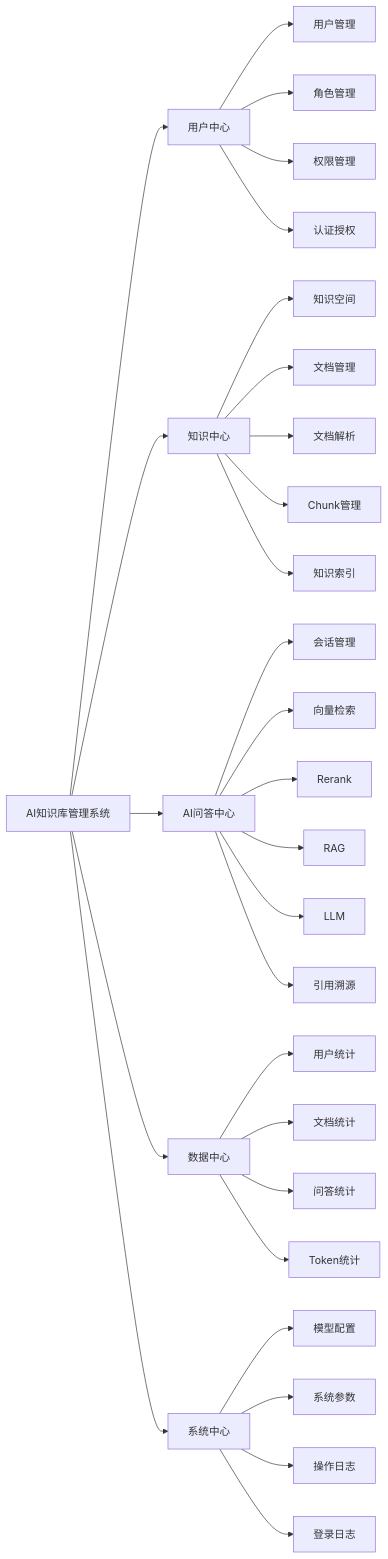
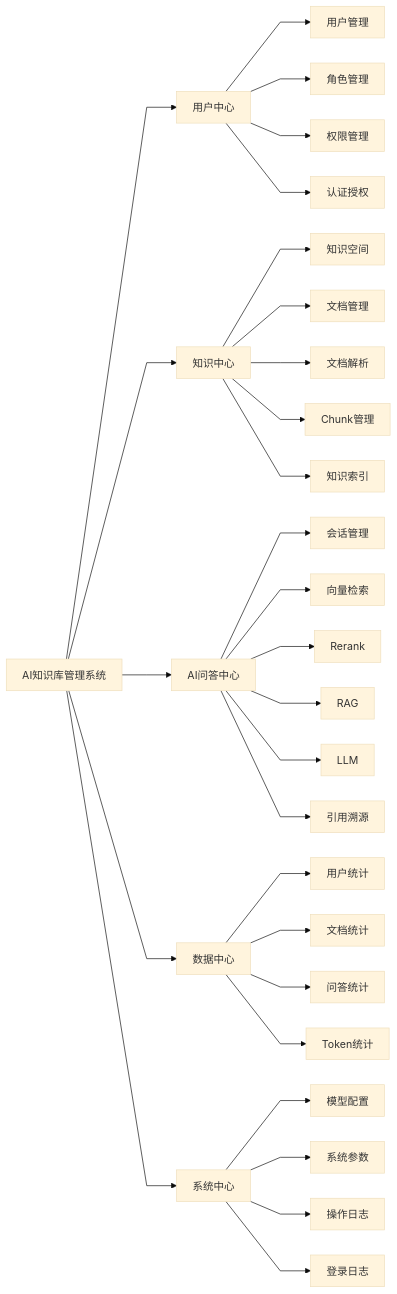
One commit to YJsnz/Agent changed the sixth of 22 diagrams in readme.md. Above: the diagram before and after it, drawn with Mermaid. The commit also changed other lines of this file, not shown here.

````diff
--- a/readme.md
+++ b/readme.md
@@ -550,38 +574,39 @@
 ```mermaid
+%%{init: {"theme":"base","themeVariables":{"fontFamily":"Microsoft YaHei, Arial, sans-serif"},"flowchart":{"curve":"linear","nodeSpacing":38,"rankSpacing":75,"padding":12,"useMaxWidth":false}}}%%
 flowchart LR
     SYS["AI知识库管理系统"]
 
     SYS --> UM["用户中心"]
     SYS --> KB["知识中心"]
     SYS --> QA["AI问答中心"]
     SYS --> DS["数据中心"]
     SYS --> SM["系统中心"]
 
     UM --> U1["用户管理"]
     UM --> U2["角色管理"]
     UM --> U3["权限管理"]
     UM --> U4["认证授权"]
 
     KB --> K1["知识空间"]
     KB --> K2["文档管理"]
     KB --> K3["文档解析"]
     KB --> K4["Chunk管理"]
     KB --> K5["知识索引"]
 
     QA --> Q1["会话管理"]
     QA --> Q2["向量检索"]
     QA --> Q3["Rerank"]
     QA --> Q4["RAG"]
     QA --> Q5["LLM"]
     QA --> Q6["引用溯源"]
 
     DS --> D1["用户统计"]
     DS --> D2["文档统计"]
     DS --> D3["问答统计"]
     DS --> D4["Token统计"]
 
     SM --> S1["模型配置"]
     SM --> S2["系统参数"]
     SM --> S3["操作日志"]
     SM --> S4["登录日志"]
 ```
````
